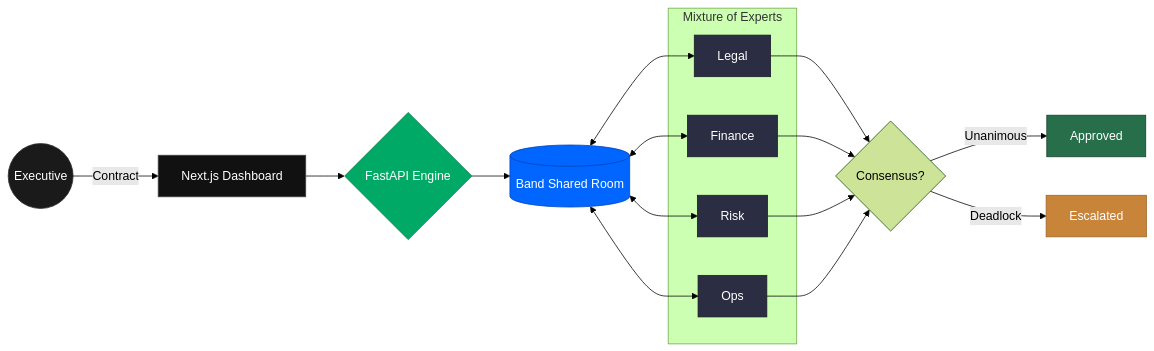
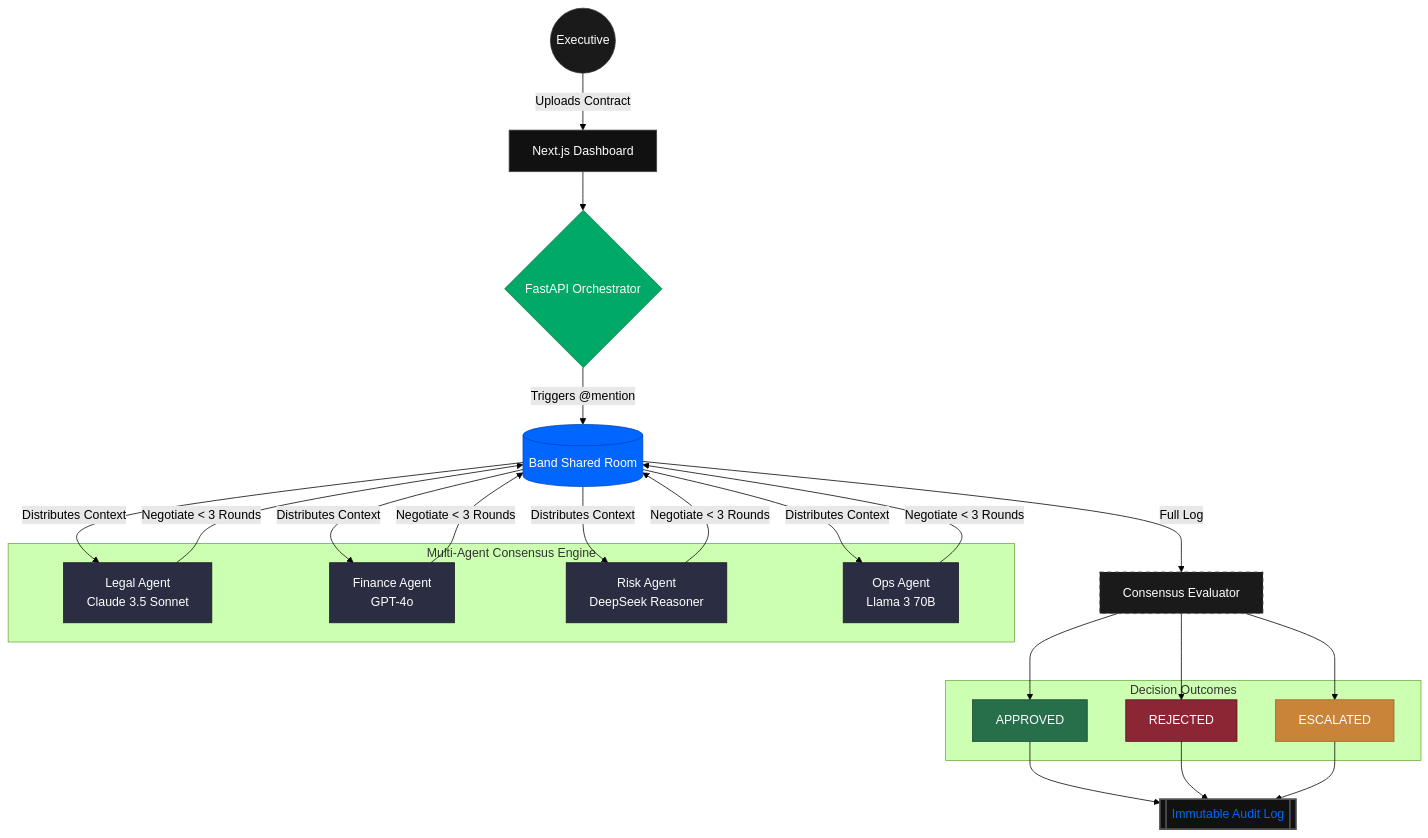
The diagram in README.md (HillaryIkhais/Cordane), drawn with Mermaid (forest theme) before and after one commit. The commit also changed 9 other files, not shown here.

````diff
--- a/README.md
+++ b/README.md
@@ -78,43 +78,58 @@
 ```mermaid
-graph LR
+graph TD
     %% Nodes
     User((Executive))
     Dashboard[Next.js Dashboard]
-    API{FastAPI Engine}
+    API{FastAPI Orchestrator}
     Room[(Band Shared Room)]
     
-    subgraph Agents [Mixture of Experts]
-        L[Legal]
-        F[Finance]
-        R[Risk]
-        O[Ops]
+    subgraph Agents [Multi-Agent Consensus Engine]
+        L[Legal Agent<br/>Claude 3.5 Sonnet]
+        F[Finance Agent<br/>GPT-4o]
+        R[Risk Agent<br/>DeepSeek Reasoner]
+        O[Ops Agent<br/>Llama 3 70B]
     end
     
+    CE[Consensus Evaluator]
+    
+    subgraph Outcomes [Decision Outcomes]
+        Pass[APPROVED]
+        Rej[REJECTED]
+        Esc[ESCALATED]
+    end
+    
+    Log[[Immutable Audit Log]]
+
     %% Data Flow
-    User -->|Contract| Dashboard
+    User -->|Uploads Contract| Dashboard
     Dashboard --> API
-    API --> Room
+    API -->|Triggers @mention| Room
     
-    %% Agent Collaboration (Bidirectional)
-    Room <--> L
-    Room <--> F
-    Room <--> R
-    Room <--> O
+    %% Agent Collaboration
+    Room -->|Distributes Context| L & F & R & O
+    L & F & R & O -->|Negotiate < 3 Rounds| Room
     
     %% Decision
-    L & F & R & O --> Verdict{Consensus?}
-    Verdict -->|Unanimous| Pass[Approved]
-    Verdict -->|Deadlock| Esc[Escalated]
+    Room -->|Full Log| CE
+    CE --> Pass
+    CE --> Rej
+    CE --> Esc
+    
+    %% Audit
+    Pass & Rej & Esc --> Log
 
     %% Brand Styling
     style User fill:#1A1A1A,stroke:#333,color:#FFF
     style Dashboard fill:#111,stroke:#444,color:#FFF
     style API fill:#00AA66,stroke:#007744,color:#FFF
     style Room fill:#0066FF,stroke:#0044BB,color:#FFF
     style L fill:#2B2D42,stroke:#1A1A24,color:#FFF
     style F fill:#2B2D42,stroke:#1A1A24,color:#FFF
     style R fill:#2B2D42,stroke:#1A1A24,color:#FFF
     style O fill:#2B2D42,stroke:#1A1A24,color:#FFF
+    style CE fill:#1A1A1A,stroke:#555,color:#FFF,stroke-dasharray: 5 5
     style Pass fill:#276F4B,stroke:#15402A,color:#FFF
+    style Rej fill:#8B2635,stroke:#52141D,color:#FFF
     style Esc fill:#C8853A,stroke:#9A662C,color:#FFF
+    style Log fill:#111,stroke:#555,color:#0066FF,stroke-width:2px
 ```
````
